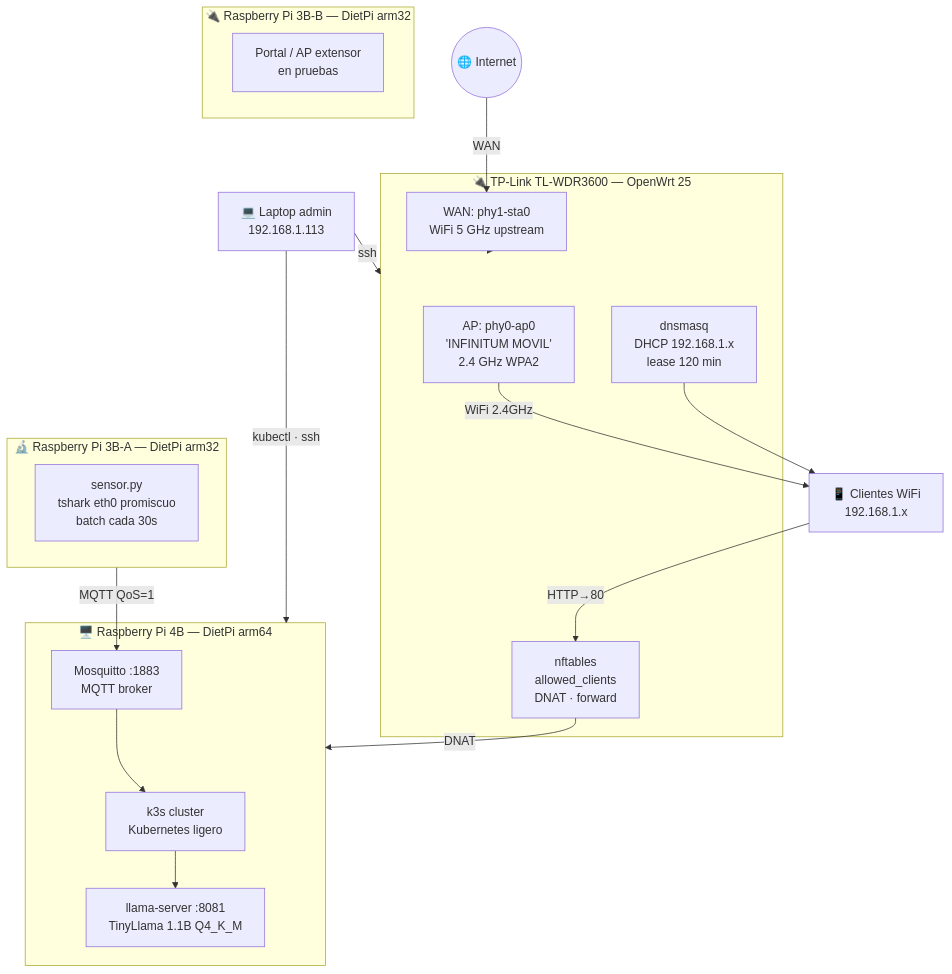
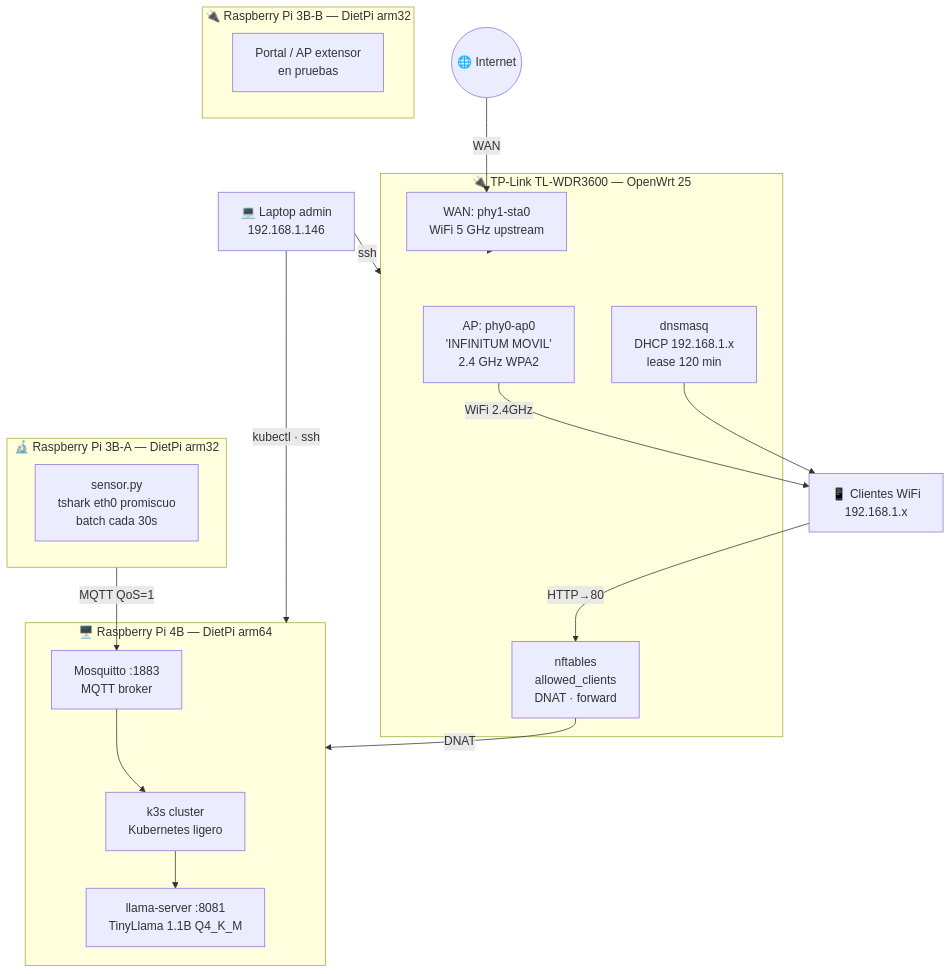
One commit to rafex/poc-openwrt-dietpi-raspi3b-raspi4b changed the diagram in docs/hardware.md. Above: the diagram before and after it, drawn with Mermaid. The commit also changed other lines of this file and 5 other files, not shown here.

````diff
--- a/docs/hardware.md
+++ b/docs/hardware.md
@@ -18,39 +18,39 @@
 ```mermaid
 graph TD
     Internet(("🌐 Internet"))
 
     subgraph Router ["🔌 TP-Link TL-WDR3600 — OpenWrt 25"]
         WAN["WAN: phy1-sta0\nWiFi 5 GHz upstream"]
         AP["AP: phy0-ap0\n'INFINITUM MOVIL'\n2.4 GHz WPA2"]
         NFT["nftables\nallowed_clients\nDNAT · forward"]
         DHCP["dnsmasq\nDHCP 192.168.1.x\nlease 120 min"]
     end
 
     subgraph Pi4B ["🖥️ Raspberry Pi 4B — DietPi arm64"]
         K3S["k3s cluster\nKubernetes ligero"]
         MQTT["Mosquitto :1883\nMQTT broker"]
         LLM["llama-server :8081\nTinyLlama 1.1B Q4_K_M"]
     end
 
     subgraph Pi3BA ["🔬 Raspberry Pi 3B-A — DietPi arm32"]
         SENSOR["sensor.py\ntshark eth0 promiscuo\nbatch cada 30s"]
     end
 
     subgraph Pi3BB ["🔌 Raspberry Pi 3B-B — DietPi arm32"]
         PORTAL_NODE["Portal / AP extensor\nen pruebas"]
     end
 
-    Admin["💻 Laptop admin\n192.168.1.113"]
+    Admin["💻 Laptop admin\n192.168.1.146"]
 
     Internet -->|WAN| WAN
     WAN --> Router
     AP -->|WiFi 2.4GHz| Cliente["📱 Clientes WiFi\n192.168.1.x"]
     Cliente -->|HTTP→80| NFT
     NFT -->|DNAT| Pi4B
     DHCP --> Cliente
     Pi3BA -->|MQTT QoS=1| MQTT
     MQTT --> K3S
     K3S --> LLM
     Admin -->|kubectl · ssh| Pi4B
     Admin -->|ssh| Router
 ```
````
